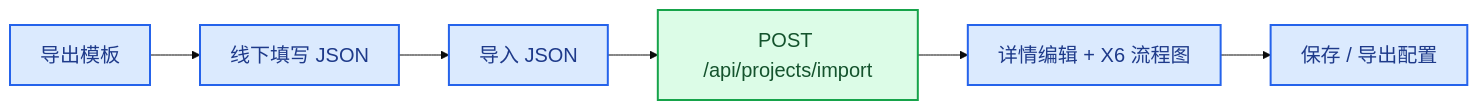
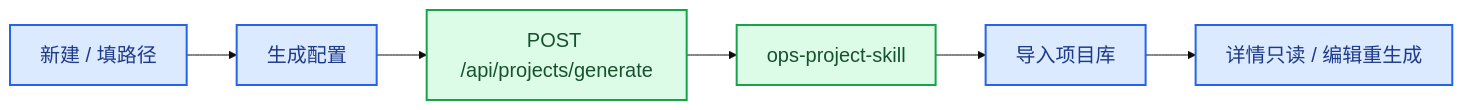
The third of 3 diagrams in project-sub/ops-sub/docs/架构关系图.md (InsectYan/admin-management-station), drawn with Mermaid before and after one commit. The commit also changed other lines of this file and 35 other files, not shown here.

````diff
--- a/project-sub/ops-sub/docs/架构关系图.md
+++ b/project-sub/ops-sub/docs/架构关系图.md
@@ -75,12 +84,12 @@
 ```mermaid
 %%{init: {'theme':'base', 'themeVariables': {'fontSize':'20px'}}}%%
 flowchart LR
     classDef ui fill:#DBEAFE,stroke:#2563EB,stroke-width:2px,color:#1E3A8A
     classDef bff fill:#DCFCE7,stroke:#16A34A,stroke-width:2px,color:#14532D
 
-    A["导出模板"]:::ui --> B["线下填写 JSON"]:::ui
-    B --> C["导入 JSON"]:::ui
-    C --> D["POST /api/projects/import"]:::bff
-    D --> E["详情编辑 + X6 流程图"]:::ui
-    E --> F["保存 / 导出配置"]:::ui
+    A["新建 / 填路径"]:::ui --> B["生成配置"]:::ui
+    B --> C["POST /api/projects/generate"]:::bff
+    C --> D["ops-project-skill"]:::bff
+    D --> E["导入项目库"]:::ui
+    E --> F["详情只读 / 编辑重生成"]:::ui
 ```
````
